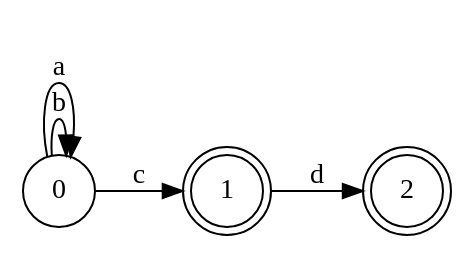
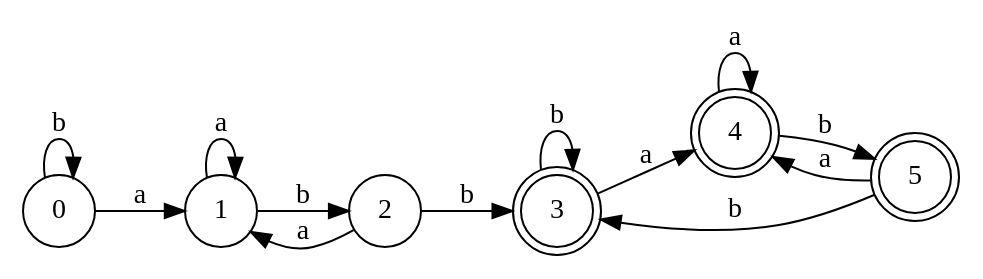
Before and after one commit to Jose-Merida-UVG/Compilers-1-CC3071: the diagram in out/DFA_regex2.DOT, drawn with Graphviz. The commit also changed 58 other files, not shown here.

```diff
--- a/out/DFA_regex2.DOT
+++ b/out/DFA_regex2.DOT
@@ -1,11 +1,22 @@
 digraph "graph" {
 	rankdir=LR size = "8,5"
 	node[shape=circle]
-	9 [label=0]
-	9 -> 9 [label="b"]
-	10 [label=1][shape=doublecircle]
-	11 [label=2][shape=doublecircle]
-	10 -> 11 [label="d"]
-	9 -> 10 [label="c"]
-	9 -> 9 [label="a"]
+	7 [label=0]
+	8 [label=1]
+	9 [label=2]
+	10 [label=3][shape=doublecircle]
+	11 [label=4][shape=doublecircle]
+	11 -> 11 [label="a"]
+	12 [label=5][shape=doublecircle]
+	12 -> 10 [label="b"]
+	12 -> 11 [label="a"]
+	11 -> 12 [label="b"]
+	10 -> 11 [label="a"]
+	10 -> 10 [label="b"]
+	9 -> 10 [label="b"]
+	9 -> 8 [label="a"]
+	8 -> 9 [label="b"]
+	8 -> 8 [label="a"]
+	7 -> 8 [label="a"]
+	7 -> 7 [label="b"]
 }
```
